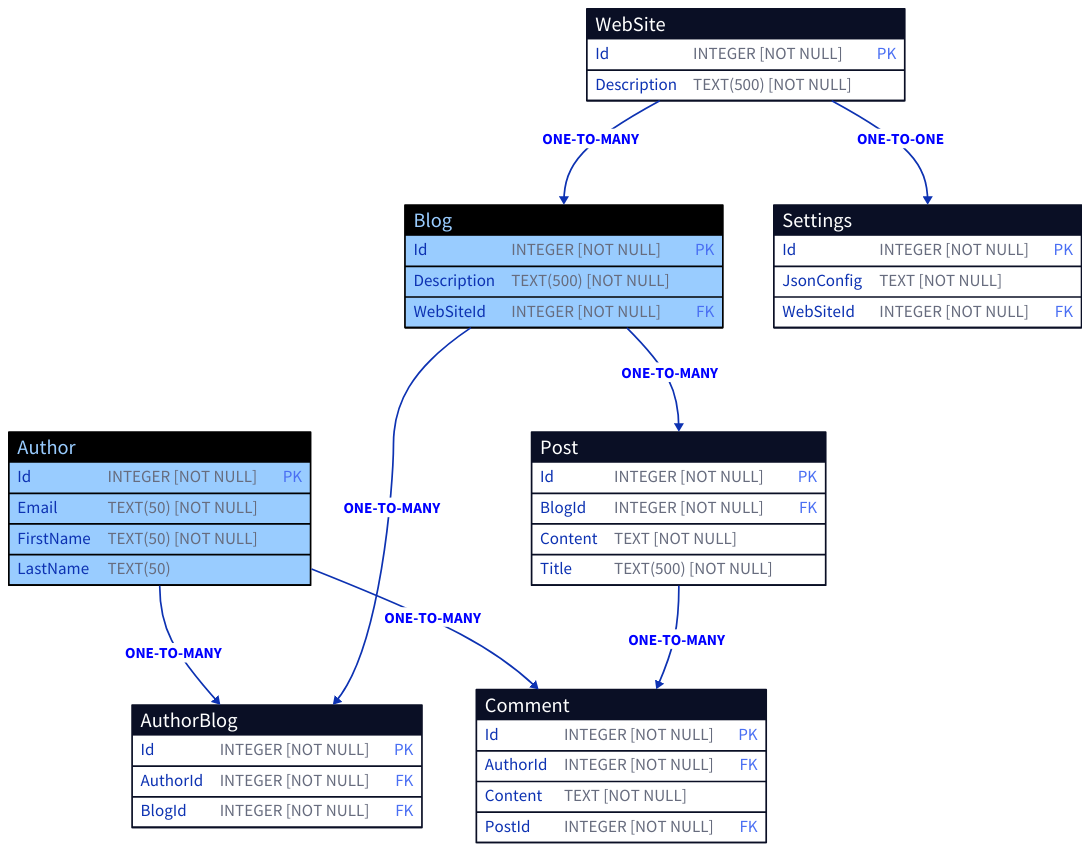
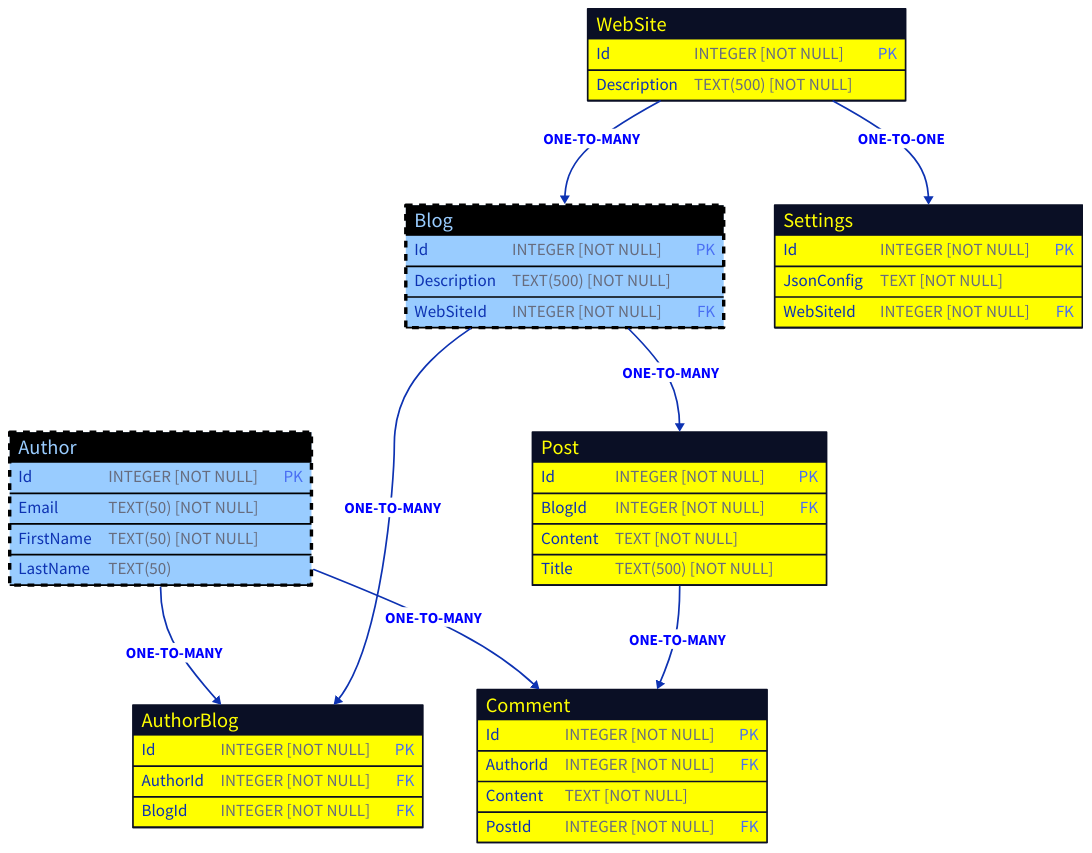
Before and after one commit to nickathone/AllOverIt: the diagram in Demos/AllOverIt.EntityFrameworkCore.Diagrams/D2ErdGenerator/Output Examples/sample_erd.d2, drawn with D2. The commit also changed 7 other files, not shown here.

Commit message:
D2 diagram updates

```diff
--- a/Demos/AllOverIt.EntityFrameworkCore.Diagrams/D2ErdGenerator/Output Examples/sample_erd.d2
+++ b/Demos/AllOverIt.EntityFrameworkCore.Diagrams/D2ErdGenerator/Output Examples/sample_erd.d2
@@ -1,123 +1,147 @@
 Author: {
   shape: sql_table
 
   style: {
     fill: black
     stroke: \#99ccff
+    stroke-width: 4
+    stroke-dash: 2
   }
 
   Id: INTEGER \[NOT NULL\] {constraint: primary_key}
   Email: TEXT(50) \[NOT NULL\]
   FirstName: TEXT(50) \[NOT NULL\]
   LastName: TEXT(50)
 }
 
 AuthorBlog: {
   shape: sql_table
+
+  style: {
+    stroke: yellow
+  }
 
   Id: INTEGER \[NOT NULL\] {constraint: primary_key}
   AuthorId: INTEGER \[NOT NULL\] {constraint: foreign_key}
   BlogId: INTEGER \[NOT NULL\] {constraint: foreign_key}
 }
 
 Blog: {
   shape: sql_table
 
   style: {
     fill: black
     stroke: \#99ccff
+    stroke-width: 4
+    stroke-dash: 2
   }
 
   Id: INTEGER \[NOT NULL\] {constraint: primary_key}
   Description: TEXT(500) \[NOT NULL\]
   WebSiteId: INTEGER \[NOT NULL\] {constraint: foreign_key}
 }
 
 Comment: {
   shape: sql_table
 
+  style: {
+    stroke: yellow
+  }
+
   Id: INTEGER \[NOT NULL\] {constraint: primary_key}
   AuthorId: INTEGER \[NOT NULL\] {constraint: foreign_key}
   Content: TEXT \[NOT NULL\]
   PostId: INTEGER \[NOT NULL\] {constraint: foreign_key}
 }
 
 Post: {
   shape: sql_table
+
+  style: {
+    stroke: yellow
+  }
 
   Id: INTEGER \[NOT NULL\] {constraint: primary_key}
   BlogId: INTEGER \[NOT NULL\] {constraint: foreign_key}
   Content: TEXT \[NOT NULL\]
   Title: TEXT(500) \[NOT NULL\]
 }
 
 Settings: {
   shape: sql_table
 
+  style: {
+    stroke: yellow
+  }
+
   Id: INTEGER \[NOT NULL\] {constraint: primary_key}
   JsonConfig: TEXT \[NOT NULL\]
   WebSiteId: INTEGER \[NOT NULL\] {constraint: foreign_key}
 }
 
 WebSite: {
   shape: sql_table
+
+  style: {
+    stroke: yellow
+  }
 
   Id: INTEGER \[NOT NULL\] {constraint: primary_key}
   Description: TEXT(500) \[NOT NULL\]
 }
 
 Author.Id -> AuthorBlog.AuthorId: ONE-TO-MANY {
   style: {
     font-size: 18
     font-color: blue
     bold: true
   }
 }
 
 Blog.Id -> AuthorBlog.BlogId: ONE-TO-MANY {
   style: {
     font-size: 18
     font-color: blue
     bold: true
   }
 }
 
 WebSite.Id -> Blog.WebSiteId: ONE-TO-MANY {
   style: {
     font-size: 18
     font-color: blue
     bold: true
   }
 }
 
 Author.Id -> Comment.AuthorId: ONE-TO-MANY {
   style: {
     font-size: 18
     font-color: blue
     bold: true
   }
 }
 
 Post.Id -> Comment.PostId: ONE-TO-MANY {
   style: {
     font-size: 18
     font-color: blue
     bold: true
   }
 }
 
 Blog.Id -> Post.BlogId: ONE-TO-MANY {
   style: {
     font-size: 18
     font-color: blue
     bold: true
   }
 }
 
 WebSite.Id -> Settings.WebSiteId: ONE-TO-ONE {
   style: {
     font-size: 18
     font-color: blue
     bold: true
   }
 }
```
